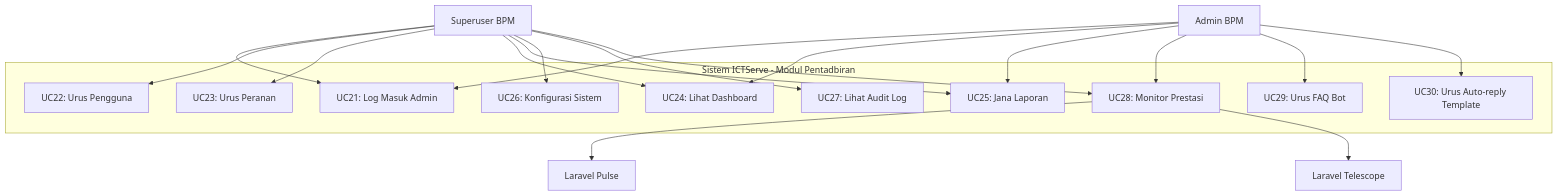
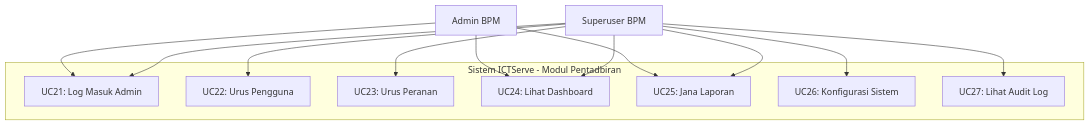
One commit to IzzatFirdaus/ictserve-031125 changed the fourth of 9 diagrams in docs/KRISA/D03_KRISA_ICTSERVE_SPESIFIKASI_KEPERLUAN_SISTEM.md. Above: the diagram before and after it, drawn with Mermaid. The commit also changed other lines of this file and 3 other files, not shown here.

````diff
--- a/docs/KRISA/D03_KRISA_ICTSERVE_SPESIFIKASI_KEPERLUAN_SISTEM.md
+++ b/docs/KRISA/D03_KRISA_ICTSERVE_SPESIFIKASI_KEPERLUAN_SISTEM.md
@@ -595,39 +356,27 @@
 ```mermaid
 graph TD
     subgraph "Sistem ICTServe - Modul Pentadbiran"
         UC21[UC21: Log Masuk Admin]
         UC22[UC22: Urus Pengguna]
         UC23[UC23: Urus Peranan]
         UC24[UC24: Lihat Dashboard]
         UC25[UC25: Jana Laporan]
         UC26[UC26: Konfigurasi Sistem]
         UC27[UC27: Lihat Audit Log]
-        UC28[UC28: Monitor Prestasi]
-        UC29[UC29: Urus FAQ Bot]
-        UC30[UC30: Urus Auto-reply Template]
     end
     
     Admin3[Admin BPM]
     Superuser2[Superuser BPM]
-    Pulse[Laravel Pulse]
-    Telescope[Laravel Telescope]
     
     Admin3 --> UC21
     Admin3 --> UC24
     Admin3 --> UC25
-    Admin3 --> UC28
-    Admin3 --> UC29
-    Admin3 --> UC30
     
     Superuser2 --> UC21
     Superuser2 --> UC22
     Superuser2 --> UC23
     Superuser2 --> UC24
     Superuser2 --> UC25
     Superuser2 --> UC26
     Superuser2 --> UC27
-    Superuser2 --> UC28
-    
-    UC28 --> Pulse
-    UC28 --> Telescope
 ```
````
